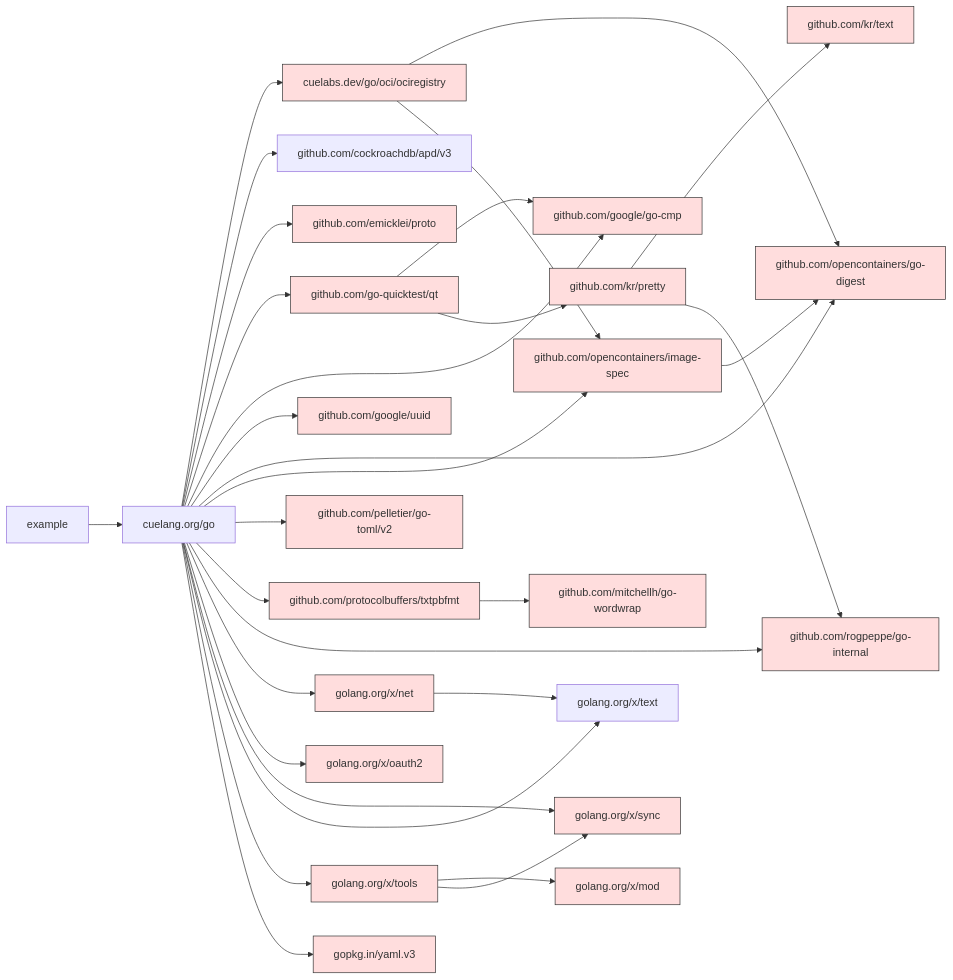
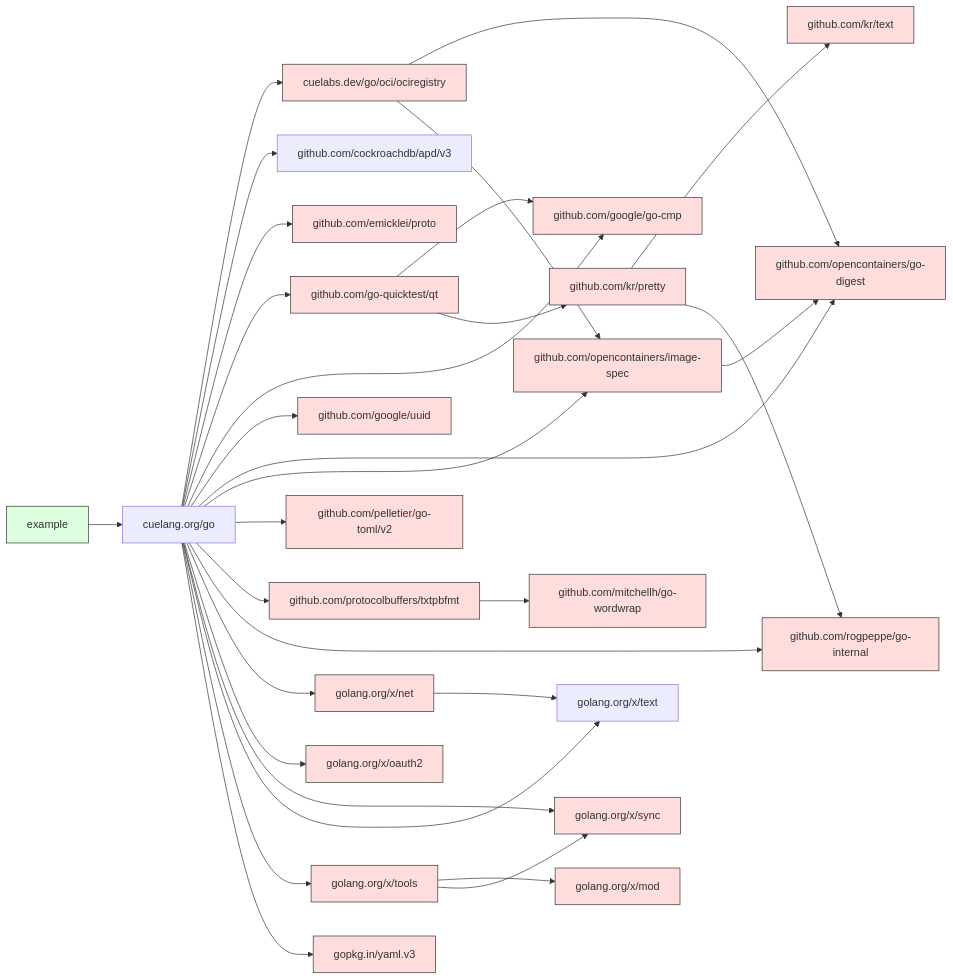
Before and after one commit to cue-lang/cuelang.org: the third of 3 diagrams in content/docs/concept/understanding-cue-go-module-dependencies/en.md, drawn with Mermaid. The commit also changed other lines of this file and 2 other files, not shown here.

First line of the commit message:
docs/concept: format Go dependency graph guide

````diff
--- a/content/docs/concept/understanding-cue-go-module-dependencies/en.md
+++ b/content/docs/concept/understanding-cue-go-module-dependencies/en.md
@@ -221,58 +238,59 @@
-    ```mermaid
-    graph LR
-        N0["cuelabs.dev/go/oci/ociregistry"]
-        N1["cuelang.org/go"]
-        N2["example"]
-        N3["github.com/cockroachdb/apd/v3"]
-        N4["github.com/emicklei/proto"]
-        N5["github.com/go-quicktest/qt"]
-        N6["github.com/google/go-cmp"]
-        N7["github.com/google/uuid"]
-        N8["github.com/kr/pretty"]
-        N9["github.com/kr/text"]
-        N10["github.com/mitchellh/go-wordwrap"]
-        N11["github.com/opencontainers/go-digest"]
-        N12["github.com/opencontainers/image-spec"]
-        N13["github.com/pelletier/go-toml/v2"]
-        N14["github.com/protocolbuffers/txtpbfmt"]
-        N15["github.com/rogpeppe/go-internal"]
-        N16["golang.org/x/mod"]
-        N17["golang.org/x/net"]
-        N18["golang.org/x/oauth2"]
-        N19["golang.org/x/sync"]
-        N20["golang.org/x/text"]
-        N21["golang.org/x/tools"]
-        N22["gopkg.in/yaml.v3"]
-        N0 --> N11
-        N0 --> N12
-        N1 --> N0
-        N1 --> N3
-        N1 --> N4
-        N1 --> N5
-        N1 --> N6
-        N1 --> N7
-        N1 --> N11
-        N1 --> N12
-        N1 --> N13
-        N1 --> N14
-        N1 --> N15
-        N1 --> N17
-        N1 --> N18
-        N1 --> N19
-        N1 --> N20
-        N1 --> N21
-        N1 --> N22
-        N2 --> N1
-        N5 --> N6
-        N5 --> N8
-        N8 --> N9
-        N8 --> N15
-        N12 --> N11
-        N14 --> N10
-        N17 --> N20
-        N21 --> N16
-        N21 --> N19
-        classDef red fill:#ffdddd,stroke:#333,stroke-width:1px;
-        class N0,N4,N5,N6,N7,N8,N9,N10,N11,N12,N13,N14,N15,N16,N17,N18,N19,N21,N22 red;
-
-    ```
+{{< mermaid caption="Minimal dependency graph (not yet implemented)" >}}
+graph LR
+    N0["cuelabs.dev/go/oci/ociregistry"]
+    N1["cuelang.org/go"]
+    N2["example"]
+    N3["github.com/cockroachdb/apd/v3"]
+    N4["github.com/emicklei/proto"]
+    N5["github.com/go-quicktest/qt"]
+    N6["github.com/google/go-cmp"]
+    N7["github.com/google/uuid"]
+    N8["github.com/kr/pretty"]
+    N9["github.com/kr/text"]
+    N10["github.com/mitchellh/go-wordwrap"]
+    N11["github.com/opencontainers/go-digest"]
+    N12["github.com/opencontainers/image-spec"]
+    N13["github.com/pelletier/go-toml/v2"]
+    N14["github.com/protocolbuffers/txtpbfmt"]
+    N15["github.com/rogpeppe/go-internal"]
+    N16["golang.org/x/mod"]
+    N17["golang.org/x/net"]
+    N18["golang.org/x/oauth2"]
+    N19["golang.org/x/sync"]
+    N20["golang.org/x/text"]
+    N21["golang.org/x/tools"]
+    N22["gopkg.in/yaml.v3"]
+    N0 --> N11
+    N0 --> N12
+    N1 --> N0
+    N1 --> N3
+    N1 --> N4
+    N1 --> N5
+    N1 --> N6
+    N1 --> N7
+    N1 --> N11
+    N1 --> N12
+    N1 --> N13
+    N1 --> N14
+    N1 --> N15
+    N1 --> N17
+    N1 --> N18
+    N1 --> N19
+    N1 --> N20
+    N1 --> N21
+    N1 --> N22
+    N2 --> N1
+    N5 --> N6
+    N5 --> N8
+    N8 --> N9
+    N8 --> N15
+    N12 --> N11
+    N14 --> N10
+    N17 --> N20
+    N21 --> N16
+    N21 --> N19
+    classDef red fill:#ffdddd,stroke:#333,stroke-width:1px;
+    class N0,N4,N5,N6,N7,N8,N9,N10,N11,N12,N13,N14,N15,N16,N17,N18,N19,N21,N22 red;
+    classDef green fill:#ddffdd,stroke:#333,stroke-width:1px;
+    class N2 green;
+{{< /mermaid >}}
````
